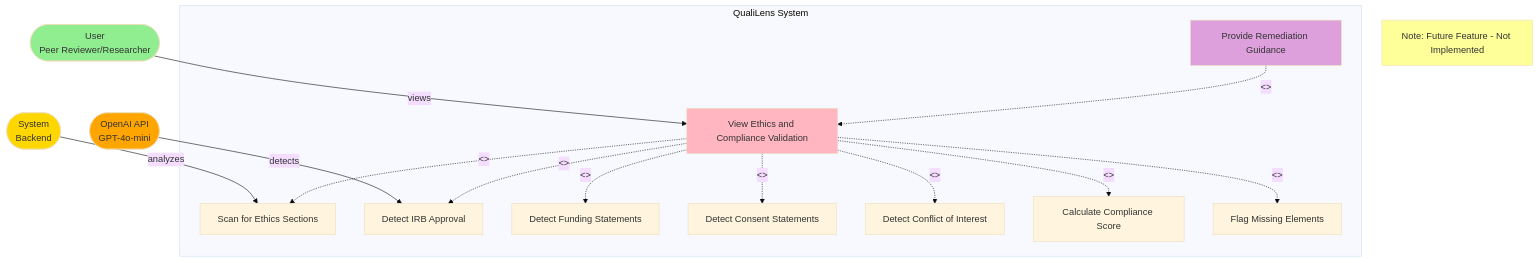
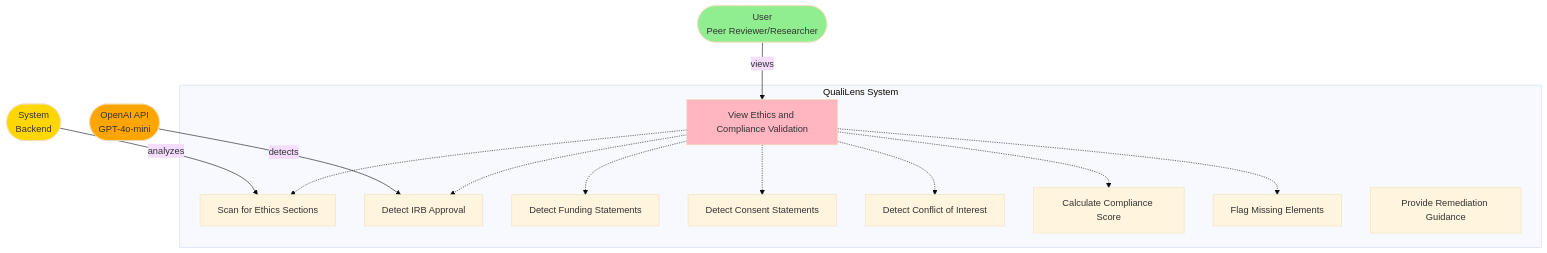
One commit to giuliobarde/QualiLens changed diagram 11 of 12 in docs/architecture/4_USE_CASE_DIAGRAM.md. Above: the diagram before and after it, drawn with Mermaid (base theme). The commit also changed other lines of this file and 5 other files, not shown here.

Commit message:
updated diagrams and requirements

````diff
--- a/docs/architecture/4_USE_CASE_DIAGRAM.md
+++ b/docs/architecture/4_USE_CASE_DIAGRAM.md
@@ -381,40 +310,35 @@
 ```mermaid
 graph TD
     User([User<br/>Peer Reviewer/Researcher])
     System([System<br/>Backend])
     OpenAI([OpenAI API<br/>GPT-4o-mini])
     
     subgraph "QualiLens System"
         UC11[View Ethics and Compliance Validation]
         UC11a[Scan for Ethics Sections]
         UC11b[Detect IRB Approval]
         UC11c[Detect Funding Statements]
         UC11d[Detect Consent Statements]
         UC11e[Detect Conflict of Interest]
         UC11f[Calculate Compliance Score]
         UC11g[Flag Missing Elements]
         UC11h[Provide Remediation Guidance]
         
-        UC11 -.->|<<include>>| UC11a
-        UC11 -.->|<<include>>| UC11b
-        UC11 -.->|<<include>>| UC11c
-        UC11 -.->|<<include>>| UC11d
-        UC11 -.->|<<include>>| UC11e
-        UC11 -.->|<<include>>| UC11f
-        UC11 -.->|<<include>>| UC11g
-        UC11h -.->|<<extend>>| UC11
+        UC11 -.-> UC11a
+        UC11 -.-> UC11b
+        UC11 -.-> UC11c
+        UC11 -.-> UC11d
+        UC11 -.-> UC11e
+        UC11 -.-> UC11f
+        UC11 -.-> UC11g
     end
     
     User -->|views| UC11
     System -->|analyzes| UC11a
     OpenAI -->|detects| UC11b
     
     style User fill:#90EE90
     style System fill:#FFD700
     style OpenAI fill:#FFA500
     style UC11 fill:#FFB6C1
-    style UC11h fill:#DDA0DD
-    
-    Note4[Note: Future Feature - Not Implemented]
-    style Note4 fill:#FFFF99
 ```
````
